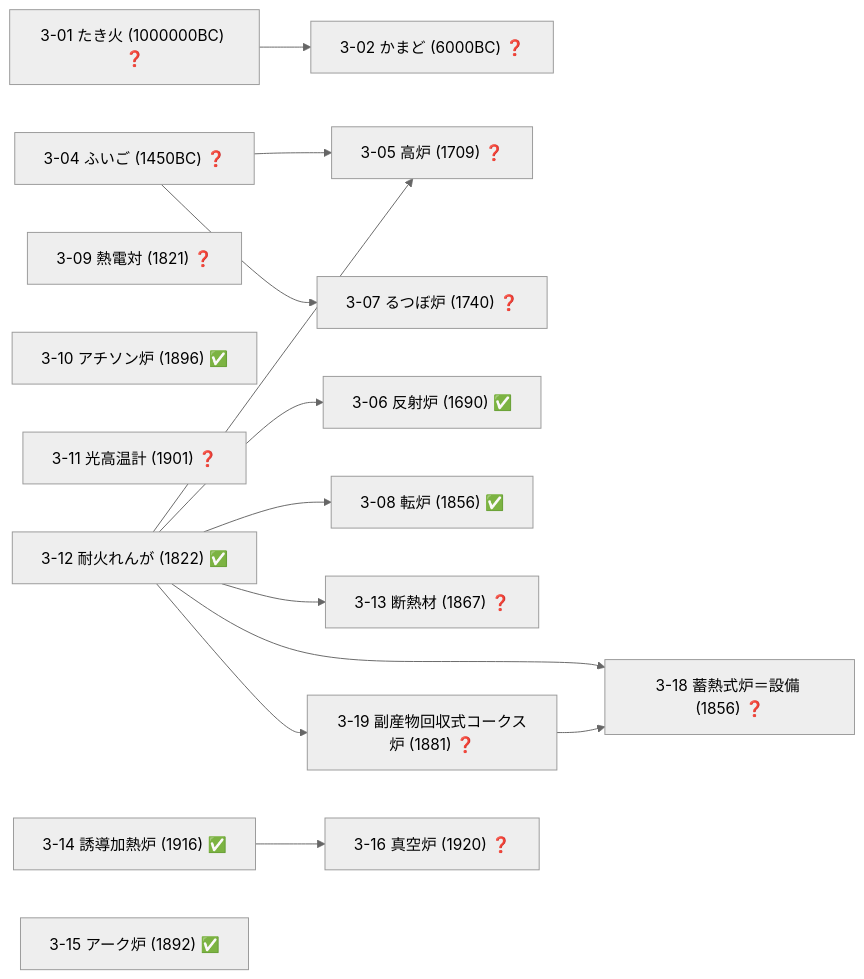
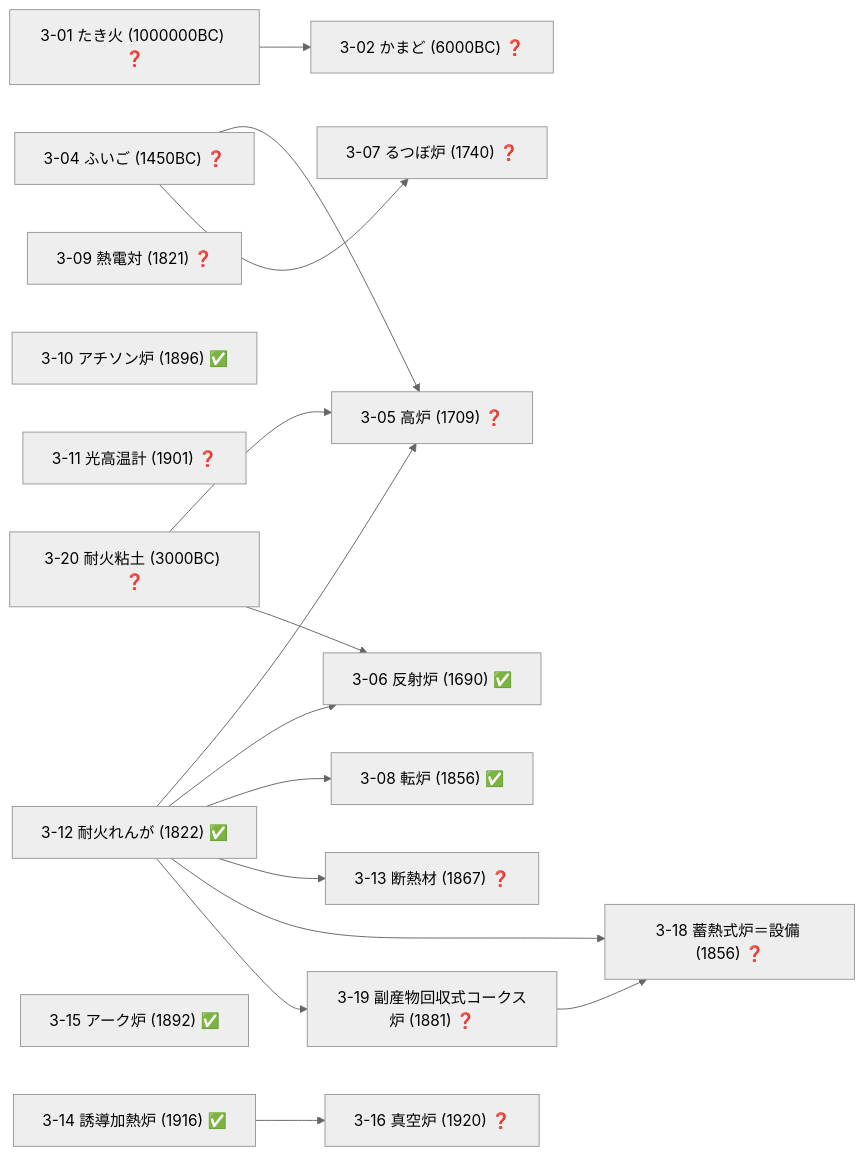
The sixth of 19 diagrams in docs/TECH_TREE_VIEW.md (taku3i0317-collab/semiconductor-lab), drawn with Mermaid (neutral theme) before and after one commit. The commit also changed other lines of this file and 6 other files, not shown here.

````diff
--- a/docs/TECH_TREE_VIEW.md
+++ b/docs/TECH_TREE_VIEW.md
@@ -319,31 +329,34 @@
 ```mermaid
 graph LR
   n3_01["3-01 たき火 (1000000BC) ❓"]
   n3_02["3-02 かまど (6000BC) ❓"]
   n3_04["3-04 ふいご (1450BC) ❓"]
   n3_05["3-05 高炉 (1709) ❓"]
   n3_06["3-06 反射炉 (1690) ✅"]
   n3_07["3-07 るつぼ炉 (1740) ❓"]
   n3_08["3-08 転炉 (1856) ✅"]
   n3_09["3-09 熱電対 (1821) ❓"]
   n3_10["3-10 アチソン炉 (1896) ✅"]
   n3_11["3-11 光高温計 (1901) ❓"]
   n3_12["3-12 耐火れんが (1822) ✅"]
   n3_13["3-13 断熱材 (1867) ❓"]
   n3_14["3-14 誘導加熱炉 (1916) ✅"]
   n3_15["3-15 アーク炉 (1892) ✅"]
   n3_16["3-16 真空炉 (1920) ❓"]
   n3_18["3-18 蓄熱式炉＝設備 (1856) ❓"]
   n3_19["3-19 副産物回収式コークス炉 (1881) ❓"]
+  n3_20["3-20 耐火粘土 (3000BC) ❓"]
   n3_01-->n3_02
   n3_04-->n3_05
   n3_12-->n3_05
+  n3_20-->n3_05
   n3_12-->n3_06
+  n3_20-->n3_06
   n3_04-->n3_07
   n3_12-->n3_08
   n3_12-->n3_13
   n3_14-->n3_16
   n3_12-->n3_18
   n3_19-->n3_18
   n3_12-->n3_19
 ```
````
